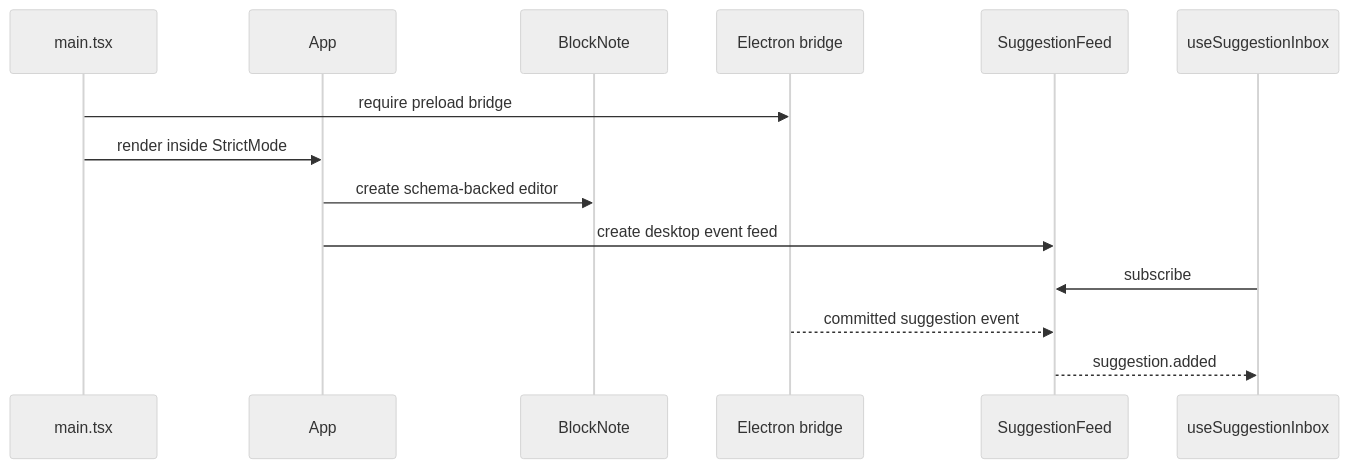
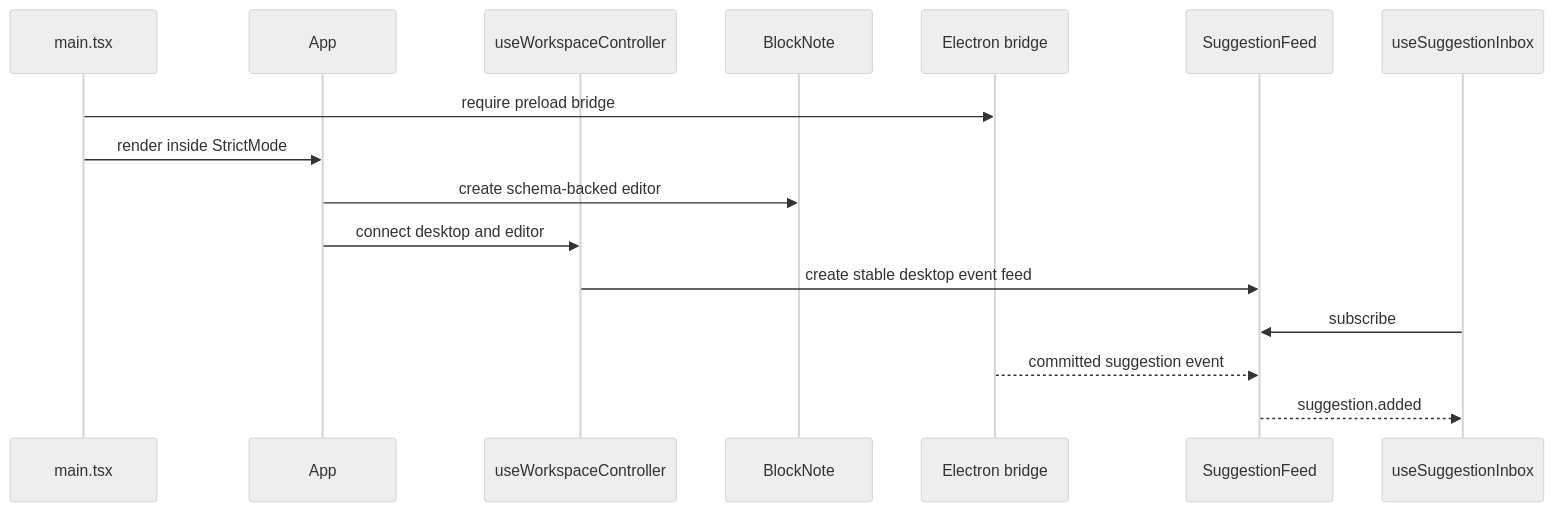
One commit to bitshielddev/writing-app changed the second of 2 diagrams in docs/architecture.md. Above: the diagram before and after it, drawn with Mermaid (neutral theme). The commit also changed other lines of this file and 46 other files, not shown here.

````diff
--- a/docs/architecture.md
+++ b/docs/architecture.md
@@ -134,17 +140,19 @@
 ```mermaid
 sequenceDiagram
     participant Main as main.tsx
     participant App
+    participant Controller as useWorkspaceController
     participant Editor as BlockNote
     participant Bridge as Electron bridge
     participant Feed as SuggestionFeed
     participant Inbox as useSuggestionInbox
 
     Main->>Bridge: require preload bridge
     Main->>App: render inside StrictMode
     App->>Editor: create schema-backed editor
-    App->>Feed: create desktop event feed
+    App->>Controller: connect desktop and editor
+    Controller->>Feed: create stable desktop event feed
     Inbox->>Feed: subscribe
     Bridge-->>Feed: committed suggestion event
     Feed-->>Inbox: suggestion.added
 ```
````
